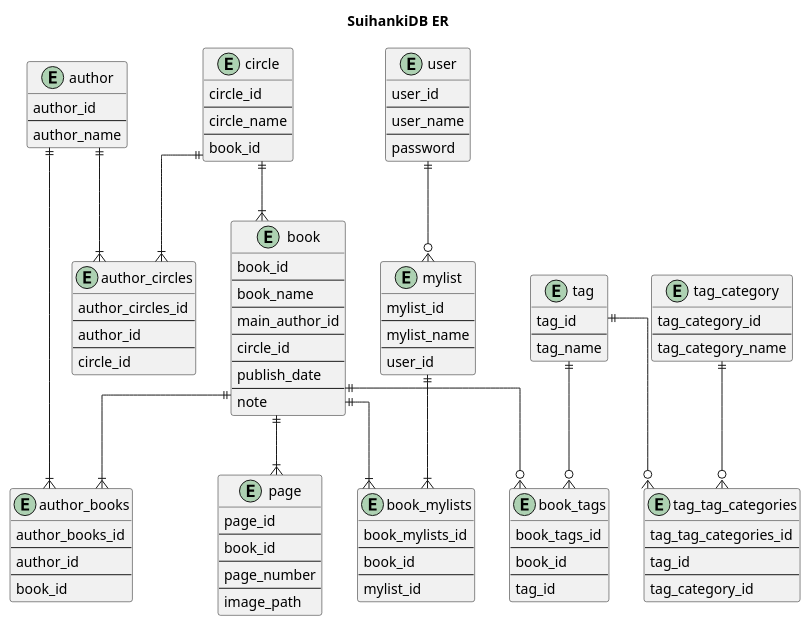
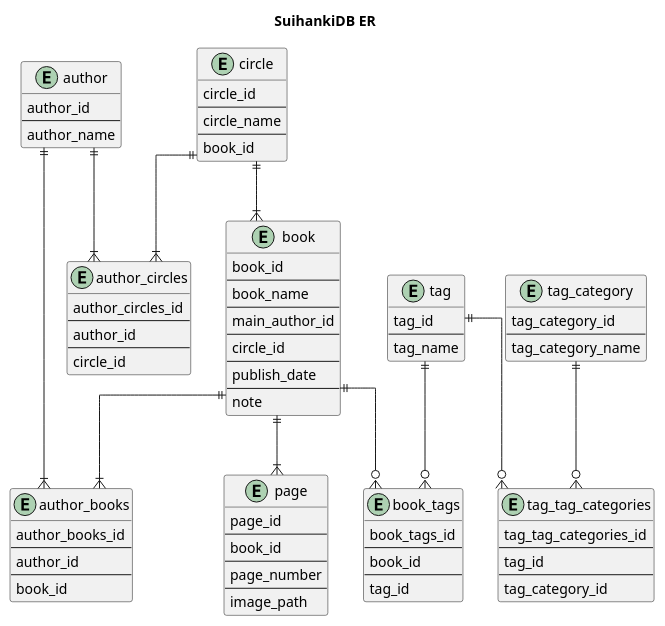
One commit to tsubasa283paris/Suihanki changed the diagram in uml/er/db.pu. Above: the diagram before and after it, drawn with PlantUML.

Commit message:
Comment out future features

```diff
--- a/uml/er/db.pu
+++ b/uml/er/db.pu
@@ -1,130 +1,130 @@
 @startuml
 
 title SuihankiDB ER
 skinparam linetype ortho
 
 ' single entities
 entity "author" as a {
     author_id
     --
     author_name
 }
 entity "book" as b {
     book_id
     --
     book_name
     --
     main_author_id
     --
     circle_id
     --
     publish_date
     --
     note
 }
 entity "circle" as c {
     circle_id
     --
     circle_name
     --
     book_id
 }
-entity "mylist" as m {
-    mylist_id
-    --
-    mylist_name
-    --
-    user_id
-}
+' entity "mylist" as m {
+'     mylist_id
+'     --
+'     mylist_name
+'     --
+'     user_id
+' }
 entity "page" as p {
     page_id
     --
     book_id
     --
     page_number
     --
     image_path
 }
 entity "tag" as t {
     tag_id
     --
     tag_name
 }
 entity "tag_category" as tc {
     tag_category_id
     --
     tag_category_name
 }
-entity "user" as u {
-    user_id
-    --
-    user_name
-    --
-    password
-}
+' entity "user" as u {
+'     user_id
+'     --
+'     user_name
+'     --
+'     password
+' }
 
 ' intermediate entities
 entity "author_books" as ab {
     author_books_id
     --
     author_id
     --
     book_id
 }
 entity "author_circles" as ac {
     author_circles_id
     --
     author_id
     --
     circle_id
 }
-entity "book_mylists" as bm {
-    book_mylists_id
-    --
-    book_id
-    --
-    mylist_id
-}
+' entity "book_mylists" as bm {
+'     book_mylists_id
+'     --
+'     book_id
+'     --
+'     mylist_id
+' }
 entity "book_tags" as bt {
     book_tags_id
     --
     book_id
     --
     tag_id
 }
 entity "tag_tag_categories" as ttc {
     tag_tag_categories_id
     --
     tag_id
     --
     tag_category_id
 }
 
 ' author contains
 a ||--|{ ab
 a ||--|{ ac
 
 ' book contains
 b ||--|{ p
 b ||--|{ ab
-b ||--|{ bm
+' b ||--|{ bm
 b ||--o{ bt
 
 ' circle contains
 c ||--|{ b
 c ||--|{ ac
 
 ' mylist contains
-m ||--|{ bm
+' m ||--|{ bm
 
 ' tag contains
 t ||--o{ bt
 t ||--o{ ttc
 
 ' tag_category contains
 tc ||--o{ ttc
 
 ' user contains
-u ||--o{ m
+' u ||--o{ m
 
 @enduml
```
